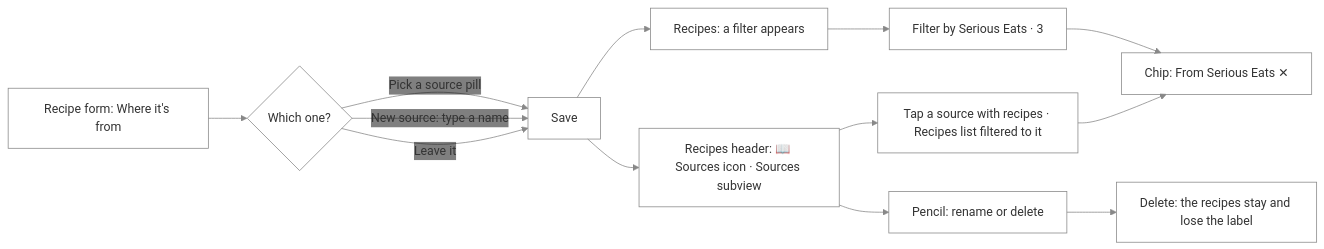
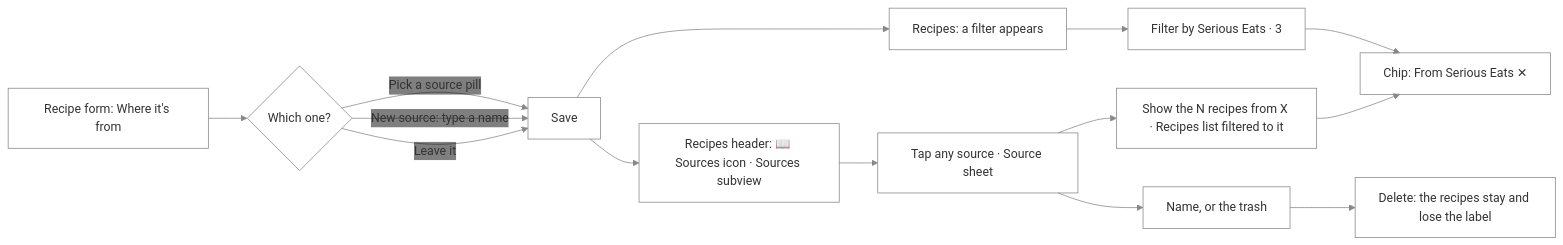
Diagram 43 of 59 in src/apps/pinch/UX.md (NovaMoonX/moondreams-dev-apps), drawn with Mermaid before and after one commit. The commit also changed other lines of this file and 47 other files, not shown here.

````diff
--- a/src/apps/pinch/UX.md
+++ b/src/apps/pinch/UX.md
@@ -1426,13 +1471,13 @@
 ```mermaid
 %%{init: {'theme': 'base', 'themeVariables': {'primaryColor': 'transparent', 'clusterBkg': 'transparent', 'primaryBorderColor': '#888888', 'clusterBorder': '#888888', 'lineColor': '#888888', 'primaryTextColor': '#333333'}}}%%
 flowchart LR
     A["Recipe form: Where it's from"] --> B{"Which one?"}
     B -->|Pick a source pill| D[Save]
     B -->|New source: type a name| D
     B -->|Leave it| D
     D --> F["Recipes: a filter appears"]
     F --> G["Filter by Serious Eats · 3"] --> H["Chip: From Serious Eats ✕"]
     D --> I["Recipes header: 📖 Sources icon · Sources subview"]
-    I --> I2["Tap a source with recipes · Recipes list filtered to it"] --> H
-    I --> J0["Pencil: rename or delete"] --> J["Delete: the recipes stay and lose the label"]
+    I --> I1["Tap any source · Source sheet"] --> I2["Show the N recipes from X · Recipes list filtered to it"] --> H
+    I1 --> J0["Name, or the trash"] --> J["Delete: the recipes stay and lose the label"]
 ```
````
